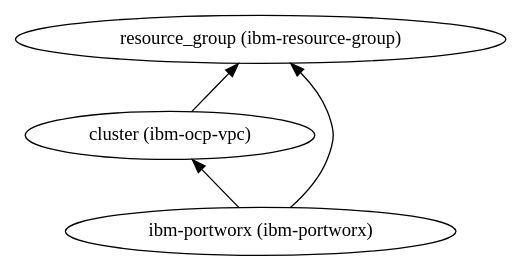
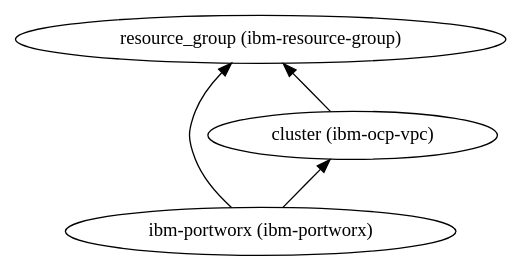
One commit to IBM/automation-ibmcloud-infra-openshift changed the diagram in automation/1-quickstart/205-portworx-storage/dependencies.dot. Above: the diagram before and after it, drawn with Graphviz. The commit also changed 9 other files, not shown here.

```diff
--- a/automation/1-quickstart/205-portworx-storage/dependencies.dot
+++ b/automation/1-quickstart/205-portworx-storage/dependencies.dot
@@ -1,9 +1,9 @@
 digraph {
     rankdir="BT"
-    "cluster (ibm-ocp-vpc)" -> "resource_group (ibm-resource-group)"
+    "resource_group (ibm-resource-group)"
+"cluster (ibm-ocp-vpc)" -> "resource_group (ibm-resource-group)"
 "cluster (ibm-ocp-vpc)"
-"resource_group (ibm-resource-group)"
 "ibm-portworx (ibm-portworx)" -> "cluster (ibm-ocp-vpc)"
 "ibm-portworx (ibm-portworx)" -> "resource_group (ibm-resource-group)"
 "ibm-portworx (ibm-portworx)"
   }
```
